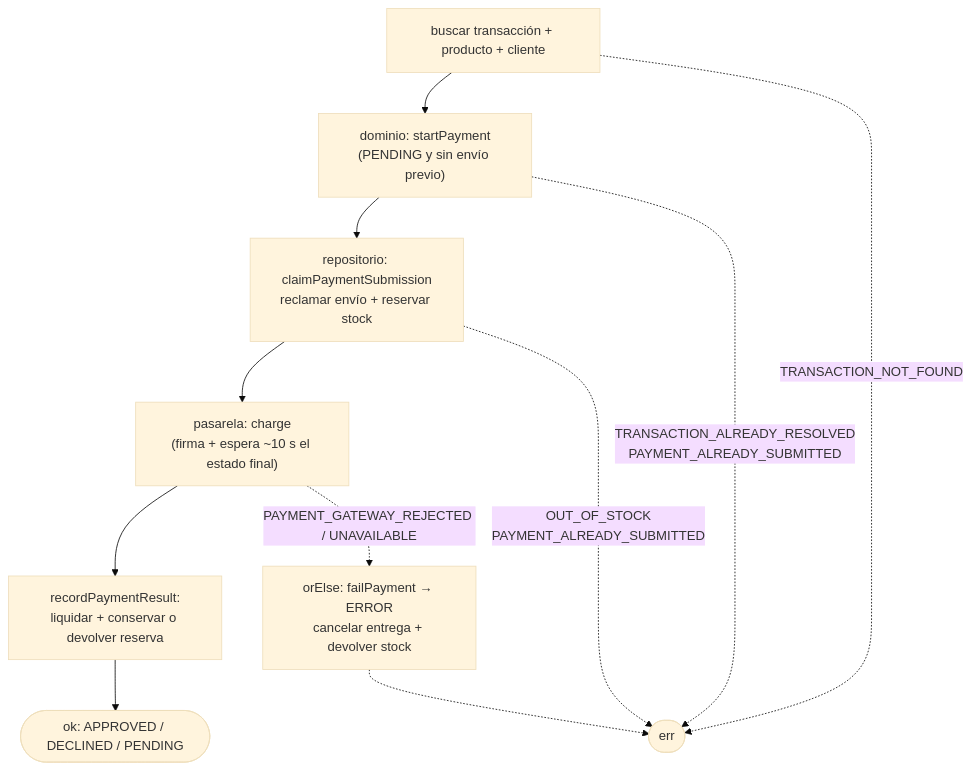
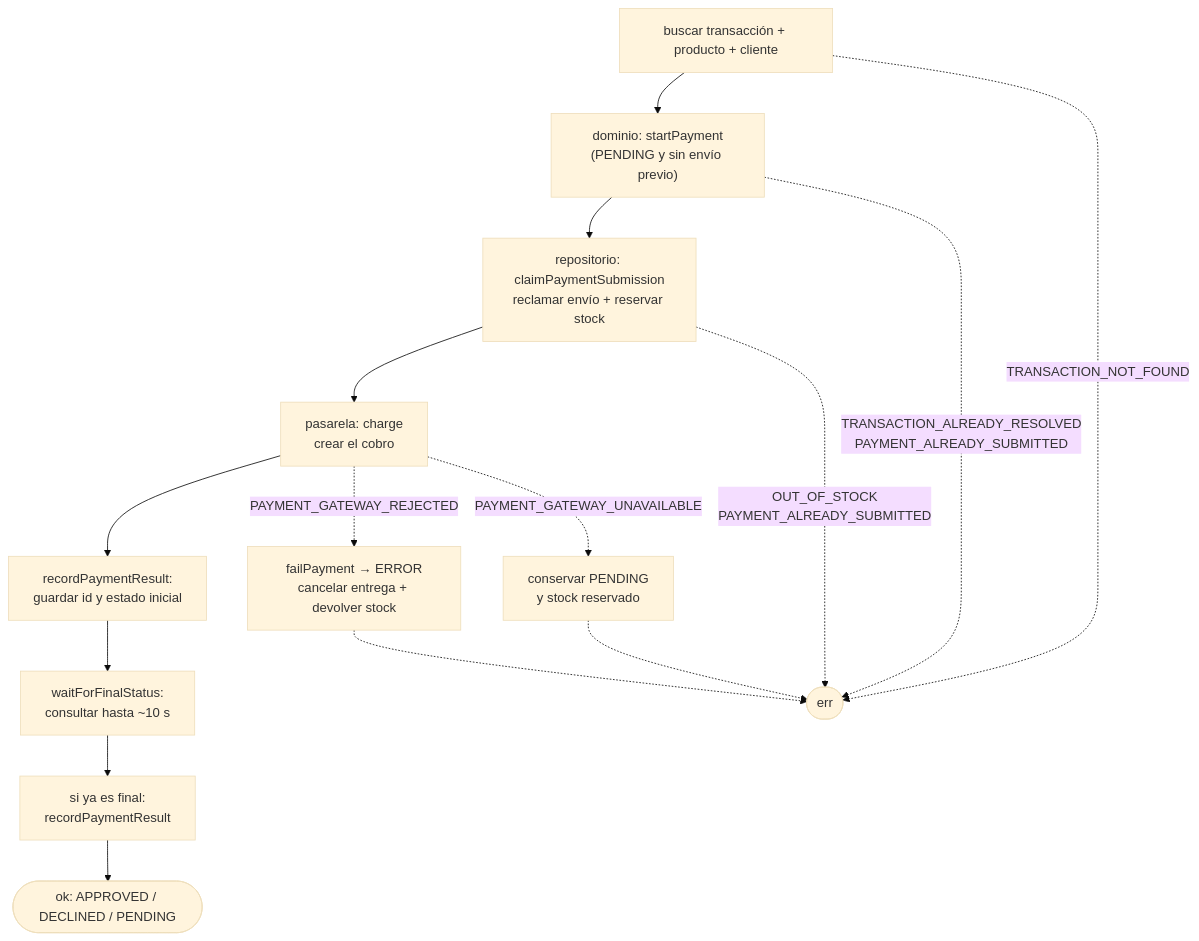
The fifth of 5 diagrams in backend/docs/arquitectura/hexagonal-ddd-rop.md (Manuelortegaj11/checkout-app), drawn with Mermaid (base theme) before and after one commit. The commit also changed other lines of this file and 3 other files, not shown here.

````diff
--- a/backend/docs/arquitectura/hexagonal-ddd-rop.md
+++ b/backend/docs/arquitectura/hexagonal-ddd-rop.md
@@ -666,12 +666,15 @@
 ```mermaid
 flowchart TD
     A["buscar transacción + producto + cliente"] --> B["dominio: startPayment<br/>(PENDING y sin envío previo)"]
     B --> C["repositorio: claimPaymentSubmission<br/>reclamar envío + reservar stock"]
-    C --> D["pasarela: charge<br/>(firma + espera ~10 s el estado final)"]
-    D --> E["recordPaymentResult:<br/>liquidar + conservar o devolver reserva"]
-    E --> OK([ok: APPROVED / DECLINED / PENDING])
+    C --> D["pasarela: charge<br/>crear el cobro"]
+    D --> E["recordPaymentResult:<br/>guardar id y estado inicial"]
+    E --> F["waitForFinalStatus:<br/>consultar hasta ~10 s"]
+    F --> G["si ya es final:<br/>recordPaymentResult"]
+    G --> OK([ok: APPROVED / DECLINED / PENDING])
     A -. "TRANSACTION_NOT_FOUND" .-> KO([err])
     B -. "TRANSACTION_ALREADY_RESOLVED<br/>PAYMENT_ALREADY_SUBMITTED" .-> KO
     C -. "OUT_OF_STOCK<br/>PAYMENT_ALREADY_SUBMITTED" .-> KO
-    D -. "PAYMENT_GATEWAY_REJECTED / UNAVAILABLE" .-> COMP["orElse: failPayment → ERROR<br/>cancelar entrega + devolver stock"] -.-> KO
+    D -. "PAYMENT_GATEWAY_REJECTED" .-> COMP["failPayment → ERROR<br/>cancelar entrega + devolver stock"] -.-> KO
+    D -. "PAYMENT_GATEWAY_UNAVAILABLE" .-> UNKNOWN["conservar PENDING<br/>y stock reservado"] -.-> KO
 ```
````
